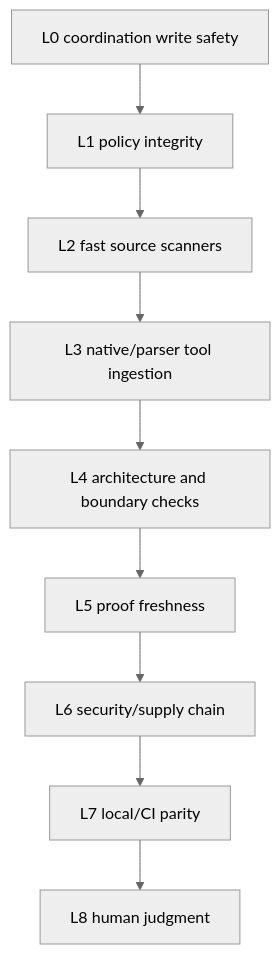
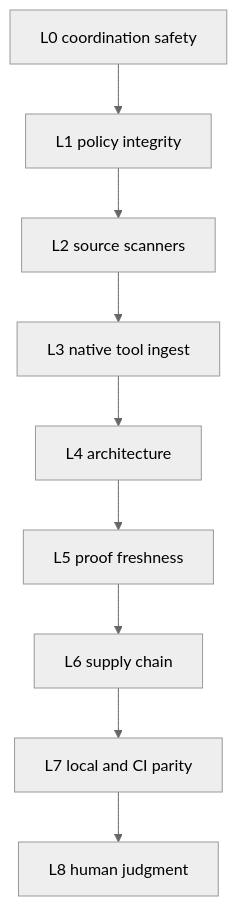
The second of 2 diagrams in README.md (ocentra/ocentra-enforcer), drawn with Mermaid (neutral theme) before and after one commit. The commit also changed other lines of this file and 33 other files, not shown here.

````diff
--- a/README.md
+++ b/README.md
@@ -34,11 +42,20 @@
 ```mermaid
 flowchart TD
-  L0["L0 coordination write safety"] --> L1["L1 policy integrity"]
-  L1 --> L2["L2 fast source scanners"]
-  L2 --> L3["L3 native/parser tool ingestion"]
-  L3 --> L4["L4 architecture and boundary checks"]
-  L4 --> L5["L5 proof freshness"]
-  L5 --> L6["L6 security/supply chain"]
-  L6 --> L7["L7 local/CI parity"]
-  L7 --> L8["L8 human judgment"]
+  L0["L0 coordination safety"]
+  L1["L1 policy integrity"]
+  L2["L2 source scanners"]
+  L3["L3 native tool ingest"]
+  L4["L4 architecture"]
+  L5["L5 proof freshness"]
+  L6["L6 supply chain"]
+  L7["L7 local and CI parity"]
+  L8["L8 human judgment"]
+  L0 --> L1
+  L1 --> L2
+  L2 --> L3
+  L3 --> L4
+  L4 --> L5
+  L5 --> L6
+  L6 --> L7
+  L7 --> L8
 ```
````
